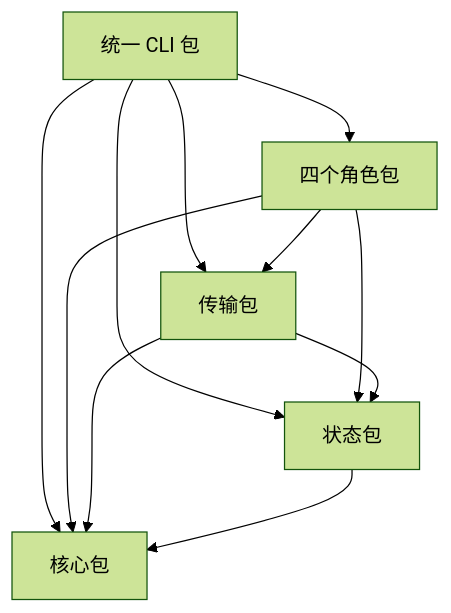
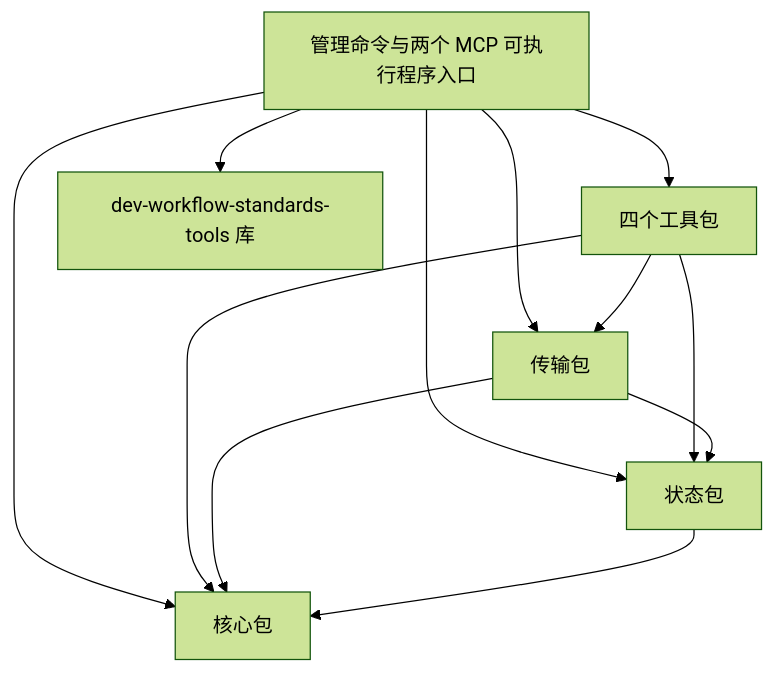
One commit to john-z-huang/token-io-decoupling changed the diagram in docs/skill/ENHANCED_ARCHITECTURE_zh_cn.md. Above: the diagram before and after it, drawn with Mermaid (forest theme). The commit also changed other lines of this file and 64 other files, not shown here.

````diff
--- a/docs/skill/ENHANCED_ARCHITECTURE_zh_cn.md
+++ b/docs/skill/ENHANCED_ARCHITECTURE_zh_cn.md
@@ -34,13 +34,14 @@
 ```mermaid
 flowchart TD
-    CLI[统一 CLI 包] --> Roles[四个角色包]
+    CLI[管理命令与两个 MCP 可执行程序入口] --> Roles[四个工具包]
     CLI --> Transport[传输包]
     CLI --> State[状态包]
     CLI --> Core[核心包]
+    CLI --> External[dev-workflow-standards-tools 库]
     Roles --> Transport
     Roles --> State
     Roles --> Core
     Transport --> State
     Transport --> Core
     State --> Core
 ```
````
